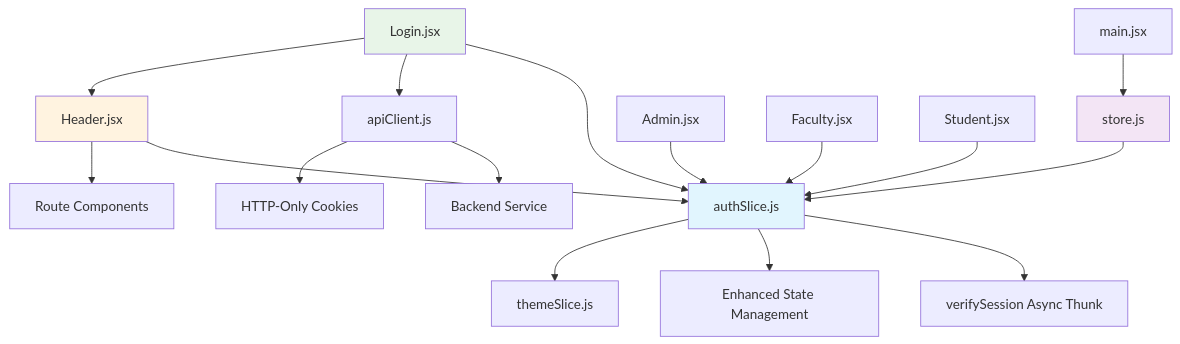
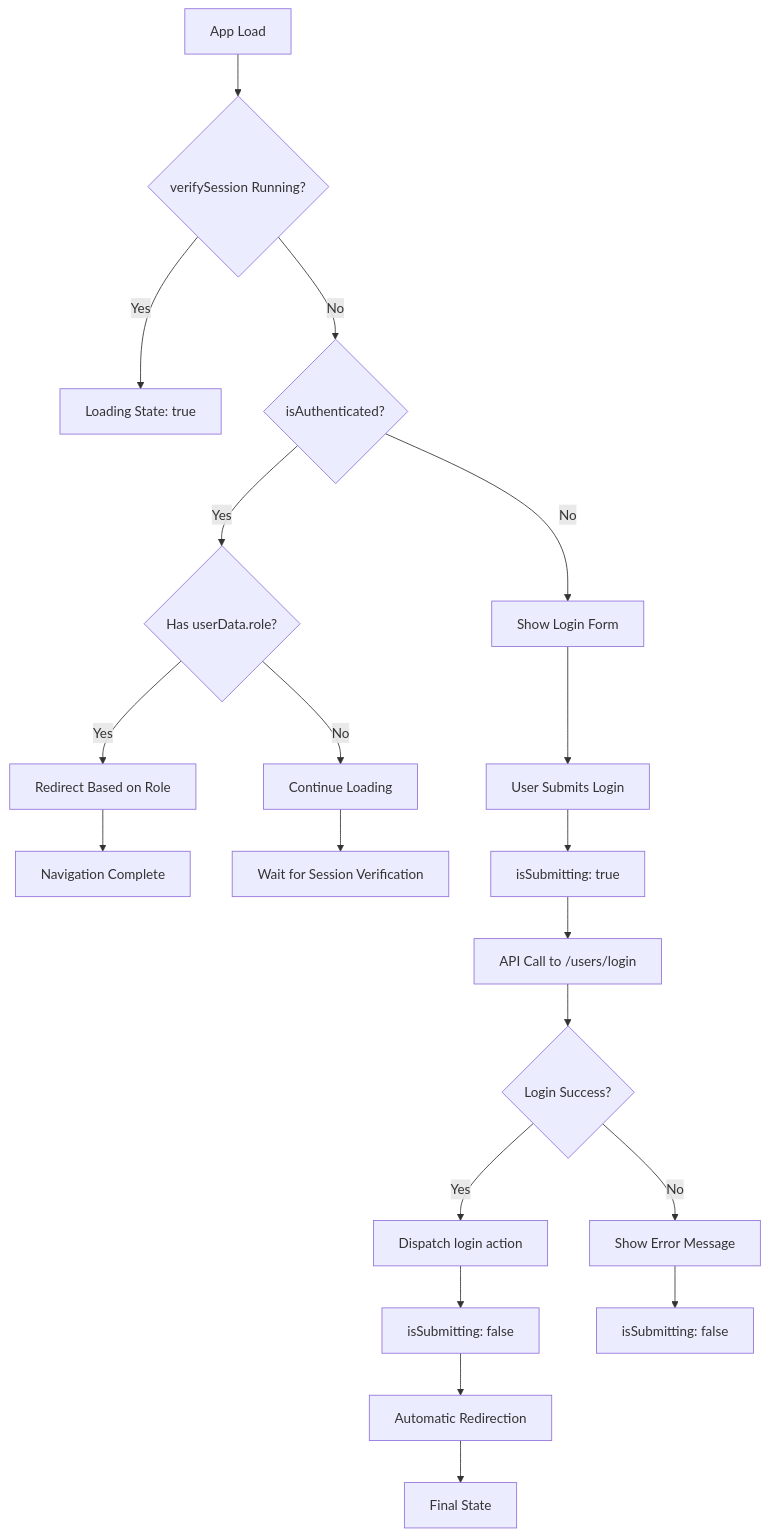
One commit to Aryan9060/Timetable-Project changed the fourth of 4 diagrams in .qoder/repowiki/en/content/Authentication & Authorization/Frontend Authentication State Management.md. Above: the diagram before and after it, drawn with Mermaid. The commit also changed other lines of this file and 2 other files, not shown here.

First line of the commit message:
feat(auth): enhance frontend authentication state management

````diff
--- a/.qoder/repowiki/en/content/Authentication & Authorization/Frontend Authentication State Management.md
+++ b/.qoder/repowiki/en/content/Authentication & Authorization/Frontend Authentication State Management.md
@@ -355,22 +332,22 @@
 ```mermaid
-graph TD
-AuthSlice[authSlice.js] --> AsyncThunk[verifySession Async Thunk]
-AuthSlice --> LocalStorage[Enhanced State Management]
-Store[store.js] --> AuthSlice
-Login[Login.jsx] --> AuthSlice
-Login --> ApiClient[apiClient.js]
-Header[Header.jsx] --> AuthSlice
-Admin[Admin.jsx] --> AuthSlice
-Faculty[Faculty.jsx] --> AuthSlice
-Student[Student.jsx] --> AuthSlice
-Main[main.jsx] --> Store
-AuthSlice --> ThemeSlice[themeSlice.js]
-Login --> Header
-Header --> Routes[Route Components]
-ApiClient --> Backend[Backend Service]
-ApiClient --> Cookies[HTTP-Only Cookies]
-style AuthSlice fill:#e1f5fe
-style Store fill:#f3e5f5
-style Login fill:#e8f5e8
-style Header fill:#fff3e0
+flowchart TD
+A[App Load] --> B{verifySession Running?}
+B --> |Yes| C[Loading State: true]
+B --> |No| D{isAuthenticated?}
+D --> |Yes| E{Has userData.role?}
+E --> |Yes| F[Redirect Based on Role]
+E --> |No| G[Continue Loading]
+D --> |No| H[Show Login Form]
+F --> I[Navigation Complete]
+G --> J[Wait for Session Verification]
+H --> K[User Submits Login]
+K --> L[isSubmitting: true]
+L --> M[API Call to /users/login]
+M --> N{Login Success?}
+N --> |Yes| O[Dispatch login action]
+O --> P[isSubmitting: false]
+P --> Q[Automatic Redirection]
+N --> |No| R[Show Error Message]
+R --> S[isSubmitting: false]
+Q --> T[Final State]
 ```
````
